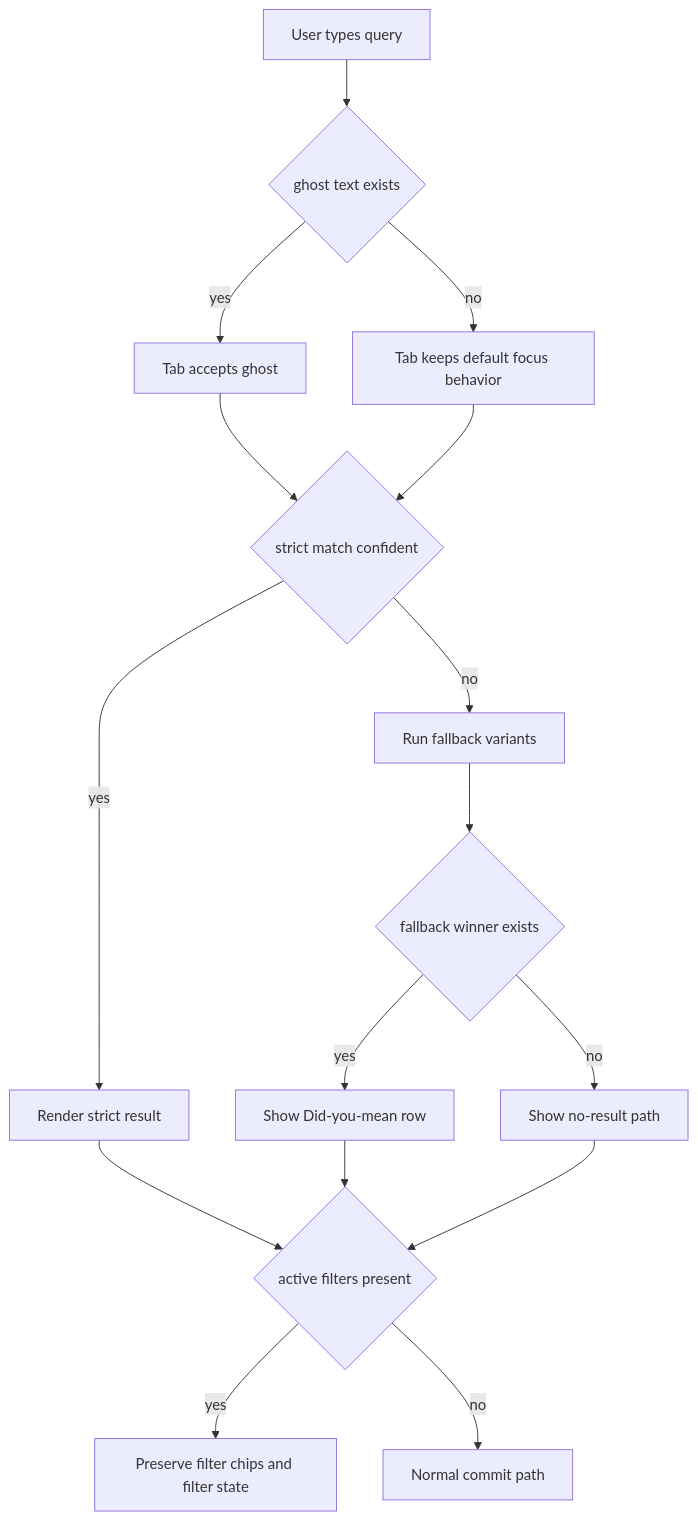
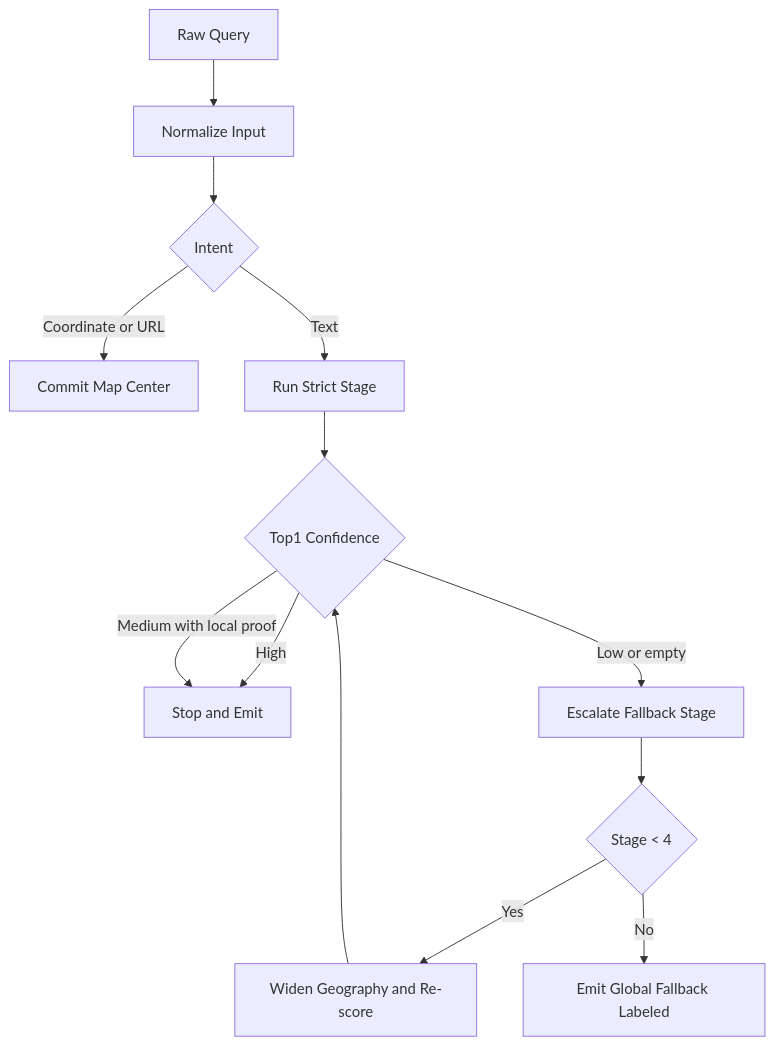
Before and after one commit to matkleve/feldpost: the first of 7 diagrams in docs/element-specs/search-bar-query-behavior.md, drawn with Mermaid. The commit also changed other lines of this file and 65 other files, not shown here.

````diff
--- a/docs/element-specs/search-bar-query-behavior.md
+++ b/docs/element-specs/search-bar-query-behavior.md
@@ -32,21 +37,15 @@
 ```mermaid
 flowchart TD
-    A[User types query] --> B{ghost text exists}
-    B -- yes --> C[Tab accepts ghost]
-    B -- no --> D[Tab keeps default focus behavior]
-
-    C --> E{strict match confident}
-    D --> E
-    E -- yes --> F[Render strict result]
-    E -- no --> G[Run fallback variants]
-
-    G --> H{fallback winner exists}
-    H -- yes --> I[Show Did-you-mean row]
-    H -- no --> J[Show no-result path]
-
-    F --> K{active filters present}
-    I --> K
-    J --> K
-    K -- yes --> L[Preserve filter chips and filter state]
-    K -- no --> M[Normal commit path]
+    A[Raw Query] --> B[Normalize Input]
+    B --> C{Intent}
+    C -- Coordinate or URL --> D[Commit Map Center]
+    C -- Text --> E[Run Strict Stage]
+    E --> F{Top1 Confidence}
+    F -- High --> G[Stop and Emit]
+    F -- Medium with local proof --> G
+    F -- Low or empty --> H[Escalate Fallback Stage]
+    H --> I{Stage < 4}
+    I -- Yes --> J[Widen Geography and Re-score]
+    J --> F
+    I -- No --> K[Emit Global Fallback Labeled]
 ```
````
